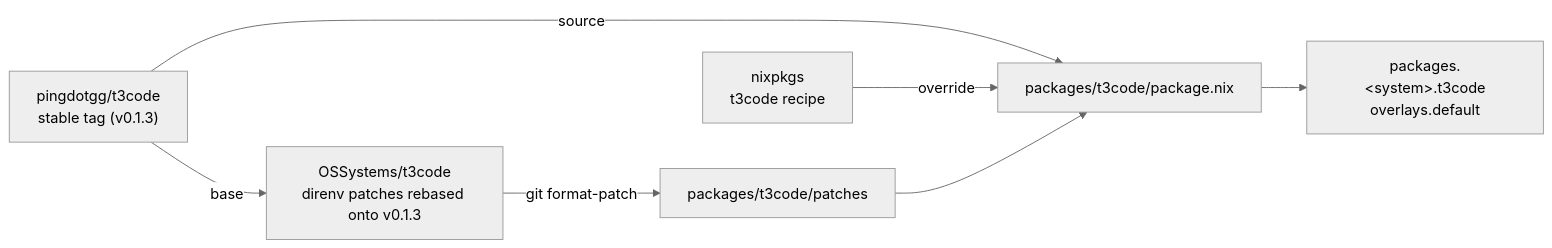
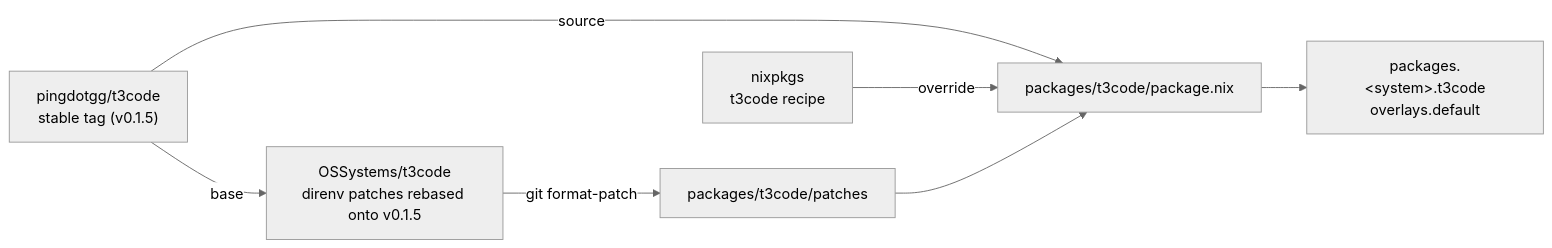
Before and after one commit to OSSystems/t3code-nix: the diagram in README.md, drawn with Mermaid (neutral theme). The commit also changed 3 other files, not shown here.

````diff
--- a/README.md
+++ b/README.md
@@ -15,16 +15,16 @@
 ```mermaid
 flowchart LR
-  upstream["pingdotgg/t3code<br/>stable tag (v0.1.3)"]
-  fork["OSSystems/t3code<br/>direnv patches rebased onto v0.1.3"]
+  upstream["pingdotgg/t3code<br/>stable tag (v0.1.5)"]
+  fork["OSSystems/t3code<br/>direnv patches rebased onto v0.1.5"]
   recipe["nixpkgs<br/>t3code recipe"]
   patches["packages/t3code/patches"]
   pkg["packages/t3code/package.nix"]
   out["packages.&lt;system&gt;.t3code<br/>overlays.default"]
 
   upstream -- "base" --> fork
   fork -- "git format-patch" --> patches
   upstream -- "source" --> pkg
   recipe -- "override" --> pkg
   patches --> pkg
   pkg --> out
 ```
````
